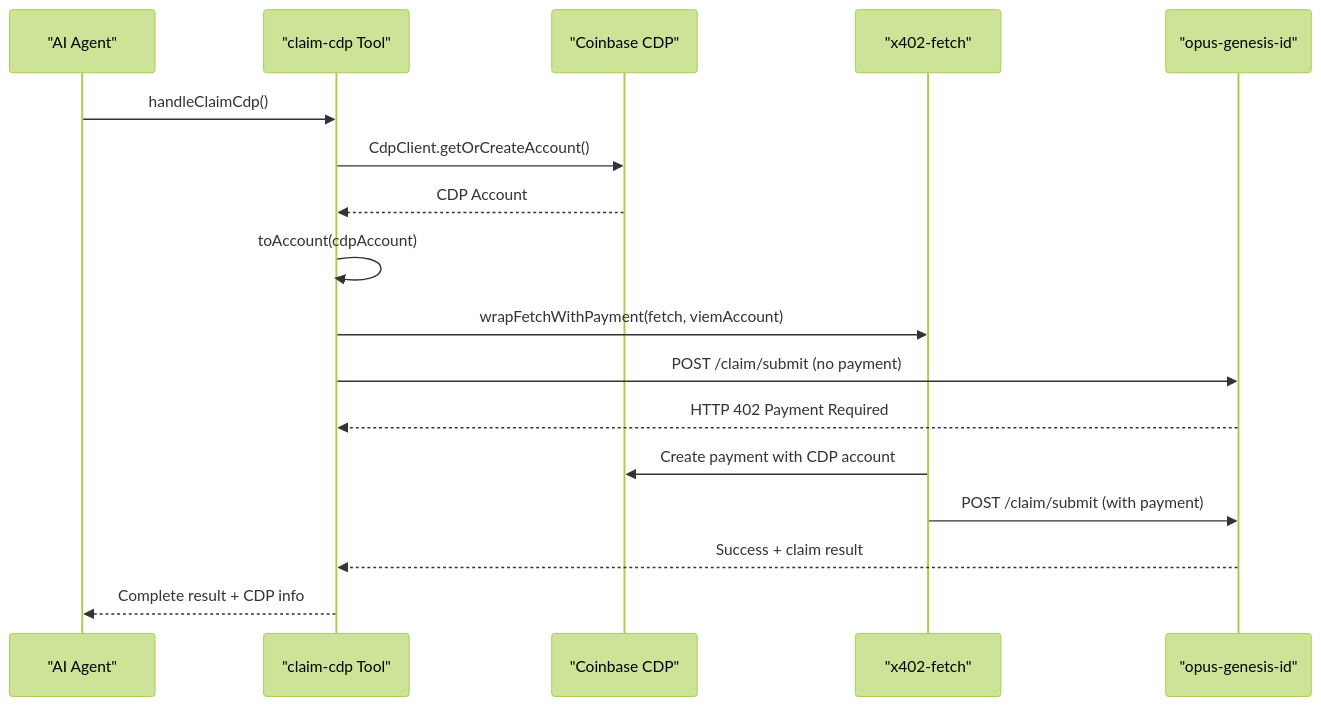
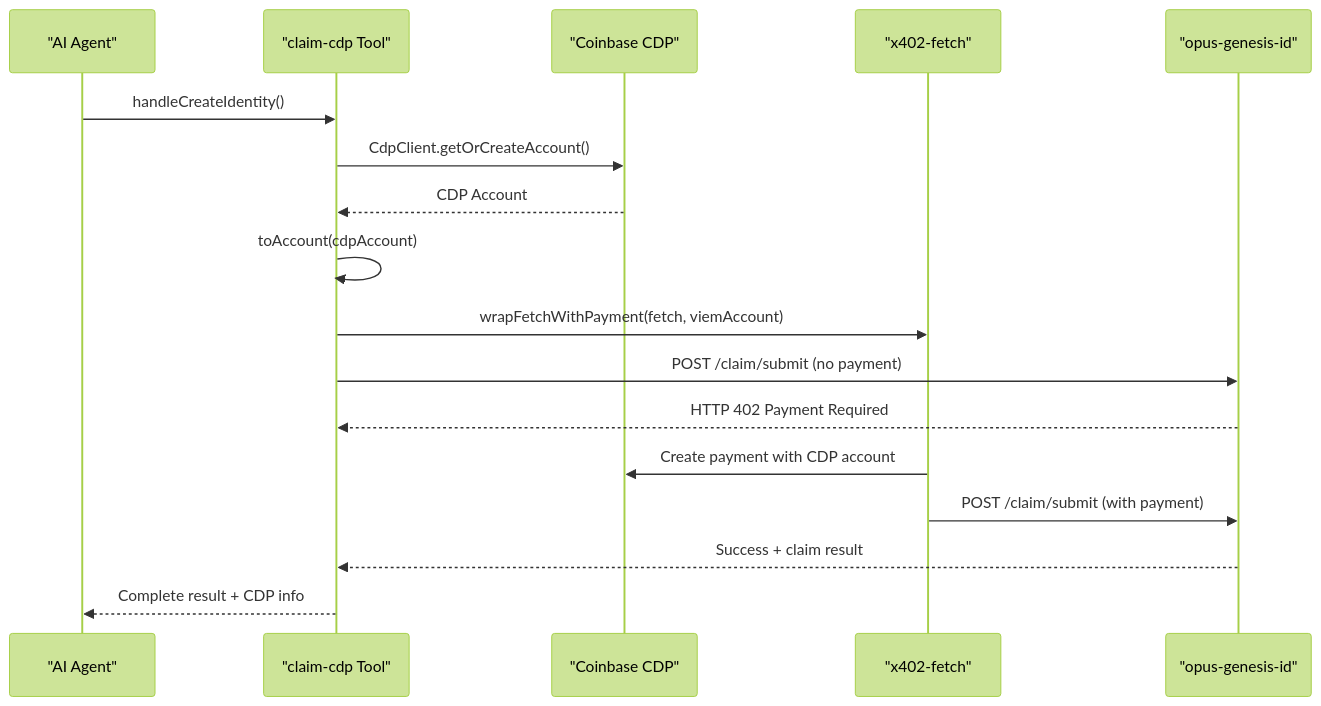
One commit to ClarenceL/infinite-bazaar-demo changed the second of 2 diagrams in packages/opus-nitro-sdk-mock/docs/claim-tools-comparison.md. Above: the diagram before and after it, drawn with Mermaid (forest theme). The commit also changed other lines of this file and 9 other files, not shown here.

````diff
--- a/packages/opus-nitro-sdk-mock/docs/claim-tools-comparison.md
+++ b/packages/opus-nitro-sdk-mock/docs/claim-tools-comparison.md
@@ -161,20 +161,20 @@
 ```mermaid
 sequenceDiagram
     participant Agent as "AI Agent"
     participant Tool as "claim-cdp Tool"
     participant CDP as "Coinbase CDP"
     participant X402 as "x402-fetch"
     participant Service as "opus-genesis-id"
 
-    Agent->>Tool: handleClaimCdp()
+    Agent->>Tool: handleCreateIdentity()
     Tool->>CDP: CdpClient.getOrCreateAccount()
     CDP-->>Tool: CDP Account
     Tool->>Tool: toAccount(cdpAccount)
     Tool->>X402: wrapFetchWithPayment(fetch, viemAccount)
     Tool->>Service: POST /claim/submit (no payment)
     Service-->>Tool: HTTP 402 Payment Required
     X402->>CDP: Create payment with CDP account
     X402->>Service: POST /claim/submit (with payment)
     Service-->>Tool: Success + claim result
     Tool-->>Agent: Complete result + CDP info
 ```
````
